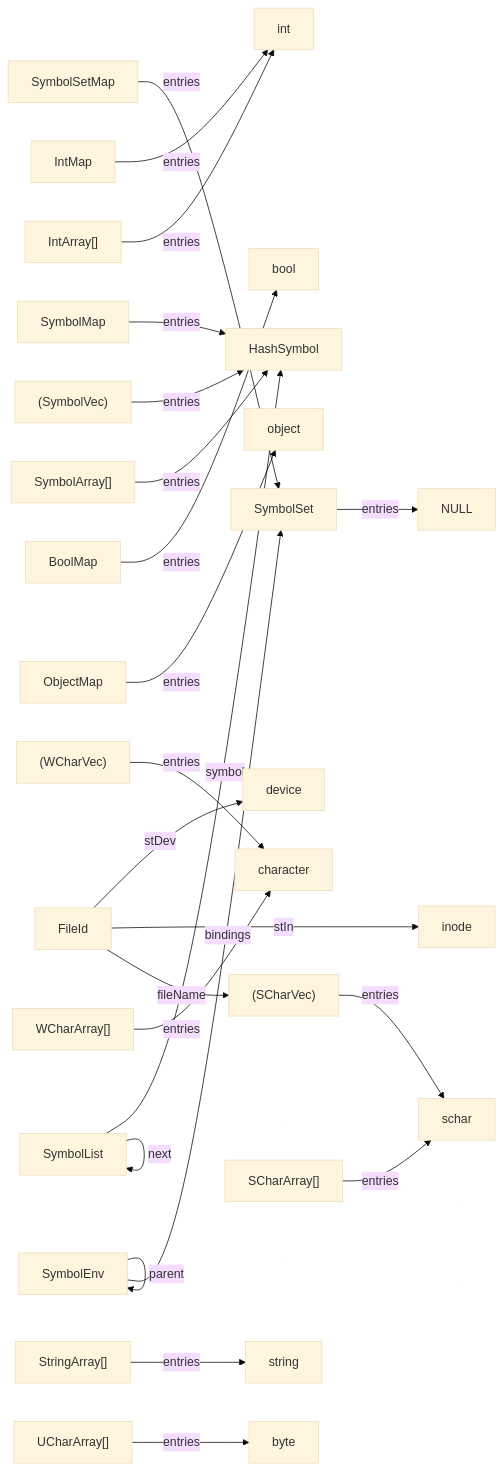
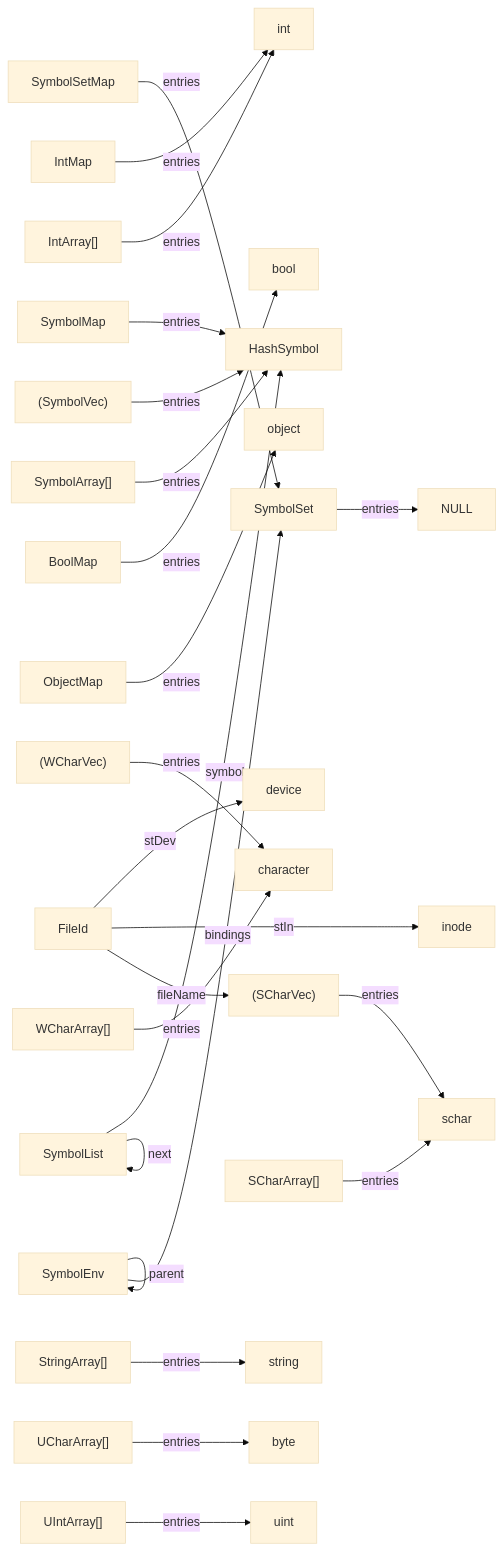
The diagram in docs/generated/utils.md (billhails/CEKF), drawn with Mermaid (base theme) before and after one commit. The commit also changed 17 other files, not shown here.

````diff
--- a/docs/generated/utils.md
+++ b/docs/generated/utils.md
@@ -5,25 +5,26 @@
 ```mermaid
 flowchart LR
 SymbolSet --entries--> NULL
 IntMap --entries--> int
 SymbolMap --entries--> HashSymbol
 SymbolSetMap --entries--> SymbolSet
 BoolMap --entries--> bool
 ObjectMap --entries--> object
 FileId --stDev--> device
 FileId --stIno--> inode
 FileId --fileName--> SCharVec
 SymbolList --symbol--> HashSymbol
 SymbolList --next--> SymbolList
 SymbolEnv --parent--> SymbolEnv
 SymbolEnv --bindings--> SymbolSet
 SCharVec["(SCharVec)"] --entries--> schar
 WCharVec["(WCharVec)"] --entries--> character
 SymbolVec["(SymbolVec)"] --entries--> HashSymbol
 StringArray["StringArray[]"] --entries--> string
 WCharArray["WCharArray[]"] --entries--> character
 UCharArray["UCharArray[]"] --entries--> byte
 SCharArray["SCharArray[]"] --entries--> schar
 SymbolArray["SymbolArray[]"] --entries--> HashSymbol
 IntArray["IntArray[]"] --entries--> int
+UIntArray["UIntArray[]"] --entries--> uint
 ```
````
